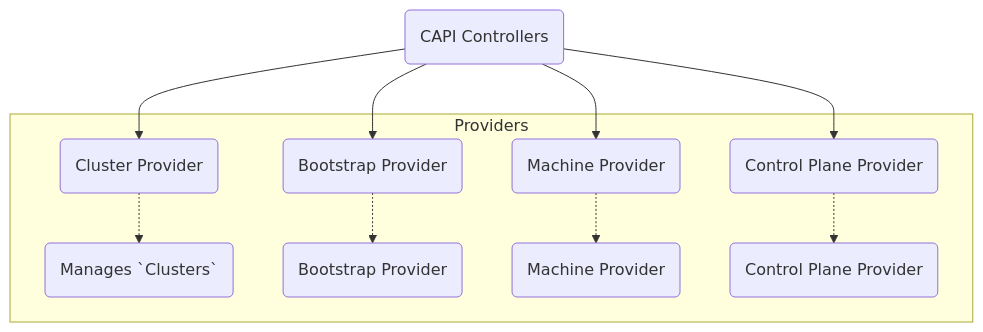
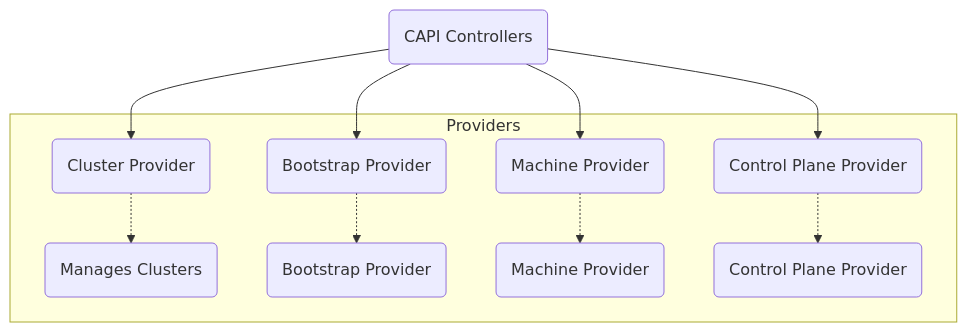
One commit to aiyengar2/k8s-docs changed the second of 2 diagrams in docs/provisioning/00_capi.md. Above: the diagram before and after it, drawn with Mermaid.

````diff
--- a/docs/provisioning/00_capi.md
+++ b/docs/provisioning/00_capi.md
@@ -57,25 +57,25 @@
 ```mermaid
 graph TD
     CAPIControllers("CAPI Controllers")
     subgraph Providers
     ClusterProvider("Cluster Provider")
     BootstrapProvider("Bootstrap Provider")
     MachineProvider("Machine Provider")
     ControlPlaneProvider("Control Plane Provider")
 
-    ClusterProviderDescription("Manages `<Infrastructure>Clusters`")
+    ClusterProviderDescription("Manages <Infrastructure>Clusters")
     BootstrapProviderDescription("Bootstrap Provider")
     MachineProviderDescription("Machine Provider")
     ControlPlaneProviderDescription("Control Plane Provider")
     end
 
     CAPIControllers-->ClusterProvider
     CAPIControllers-->BootstrapProvider
     CAPIControllers-->MachineProvider
     CAPIControllers-->ControlPlaneProvider
     
     ClusterProvider-.->ClusterProviderDescription
     BootstrapProvider-.->BootstrapProviderDescription
     MachineProvider-.->MachineProviderDescription
     ControlPlaneProvider-.->ControlPlaneProviderDescription
 ```
````
